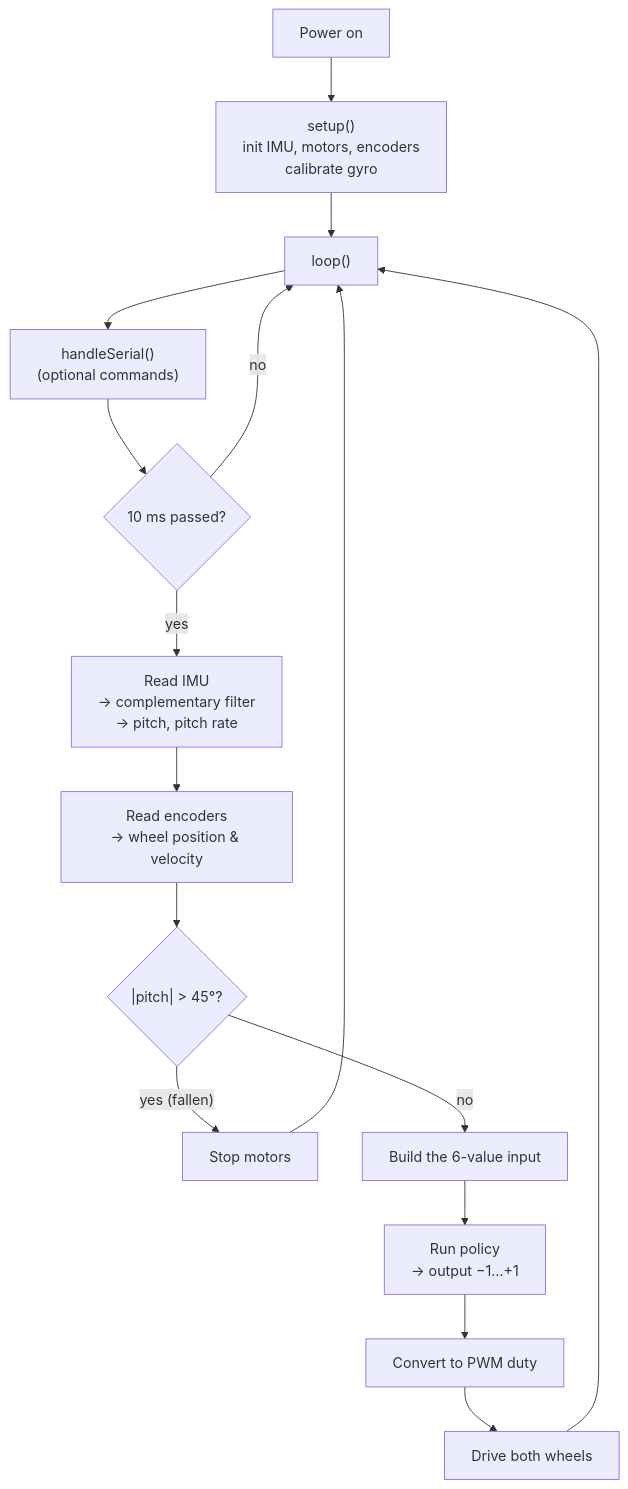
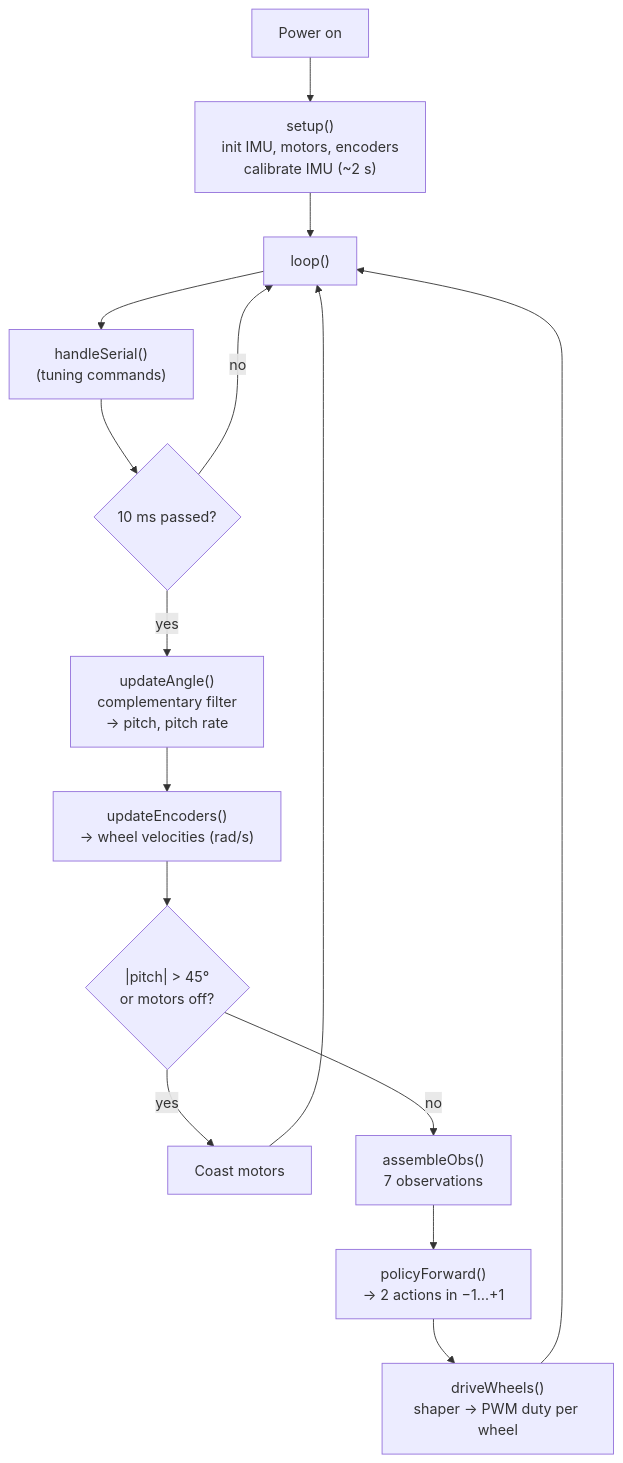
The diagram in README.md (LilSun-11/RL_SelfBalancingRobot_Training), drawn with Mermaid before and after one commit. The commit also changed other lines of this file, not shown here.

````diff
--- a/README.md
+++ b/README.md
@@ -823,16 +514,15 @@
 ```mermaid
 flowchart TD
-    P[Power on] --> S["setup()<br/>init IMU, motors, encoders<br/>calibrate gyro"]
+    P[Power on] --> S["setup()<br/>init IMU, motors, encoders<br/>calibrate IMU (~2 s)"]
     S --> L["loop()"]
-    L --> HS["handleSerial()<br/>(optional commands)"]
+    L --> HS["handleSerial()<br/>(tuning commands)"]
     HS --> T{"10 ms passed?"}
     T -- no --> L
-    T -- yes --> R["Read IMU<br/>→ complementary filter<br/>→ pitch, pitch rate"]
-    R --> E["Read encoders<br/>→ wheel position & velocity"]
-    E --> SF{"|pitch| > 45°?"}
-    SF -- "yes (fallen)" --> STOP["Stop motors"] --> L
-    SF -- no --> O["Build the 6-value input"]
-    O --> MLP["Run policy<br/>→ output −1…+1"]
-    MLP --> M["Convert to PWM duty"]
-    M --> D["Drive both wheels"] --> L
+    T -- yes --> R["updateAngle()<br/>complementary filter<br/>→ pitch, pitch rate"]
+    R --> E["updateEncoders()<br/>→ wheel velocities (rad/s)"]
+    E --> SF{"|pitch| > 45°<br/>or motors off?"}
+    SF -- yes --> STOP["Coast motors"] --> L
+    SF -- no --> O["assembleObs()<br/>7 observations"]
+    O --> MLP["policyForward()<br/>→ 2 actions in −1…+1"]
+    MLP --> D["driveWheels()<br/>shaper → PWM duty per wheel"] --> L
 ```
````
